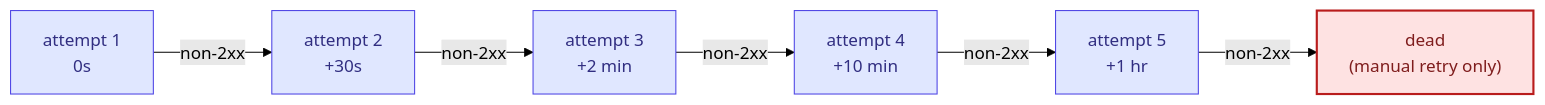
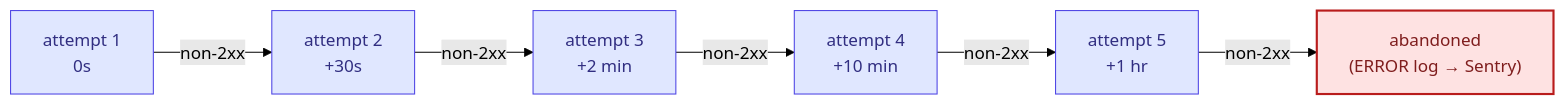
Before and after one commit to digibranders/oye-chats-platform: the second of 2 diagrams in docs/system-design/docs/05-state-machines/webhook-delivery.md, drawn with Mermaid (forest theme). The commit also changed other lines of this file and 35 other files, not shown here.

First line of the commit message:
docs(system-design): the architecture site described a system two rewrites old

````diff
--- a/docs/system-design/docs/05-state-machines/webhook-delivery.md
+++ b/docs/system-design/docs/05-state-machines/webhook-delivery.md
@@ -29,14 +40,14 @@
 ```mermaid
 flowchart LR
     classDef try fill:#e0e7ff,stroke:#4f46e5,color:#312e81
     classDef dead fill:#fee2e2,stroke:#b91c1c,color:#7f1d1d,stroke-width:2px
 
     A1["attempt 1<br/>0s"]:::try
     A2["attempt 2<br/>+30s"]:::try
     A3["attempt 3<br/>+2 min"]:::try
     A4["attempt 4<br/>+10 min"]:::try
     A5["attempt 5<br/>+1 hr"]:::try
-    Dead["dead<br/>(manual retry only)"]:::dead
+    Dead["abandoned<br/>(ERROR log → Sentry)"]:::dead
 
     A1 -- "non-2xx" --> A2 -- "non-2xx" --> A3 -- "non-2xx" --> A4 -- "non-2xx" --> A5 -- "non-2xx" --> Dead
 ```
````
